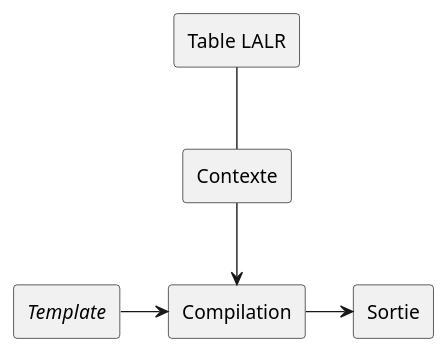
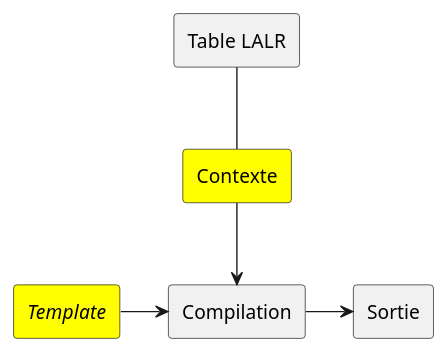
One commit to chlablak/platinum-parsing changed the diagram in res/diagrams/misc/template.plantuml. Above: the diagram before and after it, drawn with PlantUML. The commit also changed 43 other files, not shown here.

```diff
--- a/res/diagrams/misc/template.plantuml
+++ b/res/diagrams/misc/template.plantuml
@@ -1,16 +1,14 @@
 @startuml
 
-skinparam monochrome true
-
 rectangle "Table LALR" as table
-rectangle "Contexte" as context
+rectangle "Contexte" as context #Yellow
 rectangle "Compilation" as compile
-rectangle "<i>Template</i>" as template
+rectangle "<i>Template</i>" as template #Yellow
 rectangle "Sortie" as output
 
 table -- context
 context --> compile
 template -> compile
 compile -> output
 
 @enduml
```
